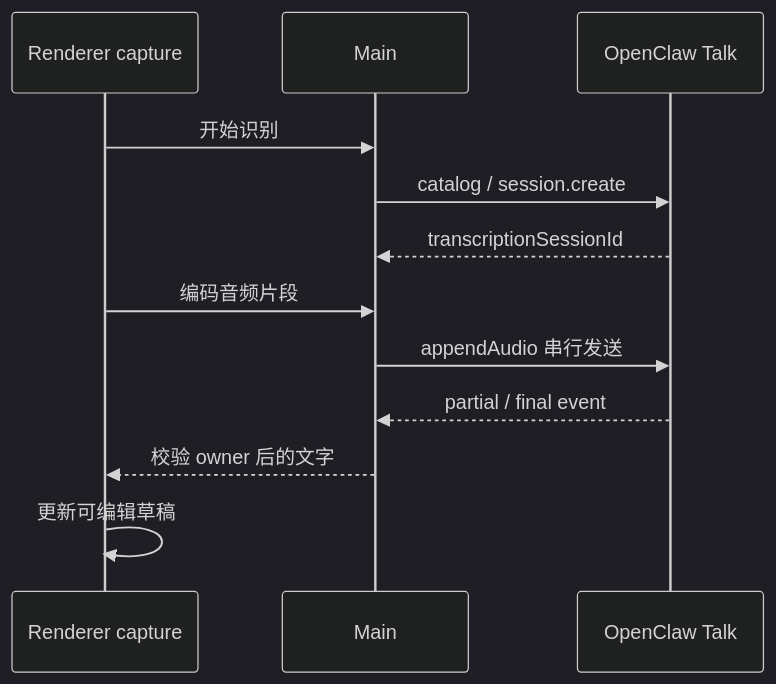
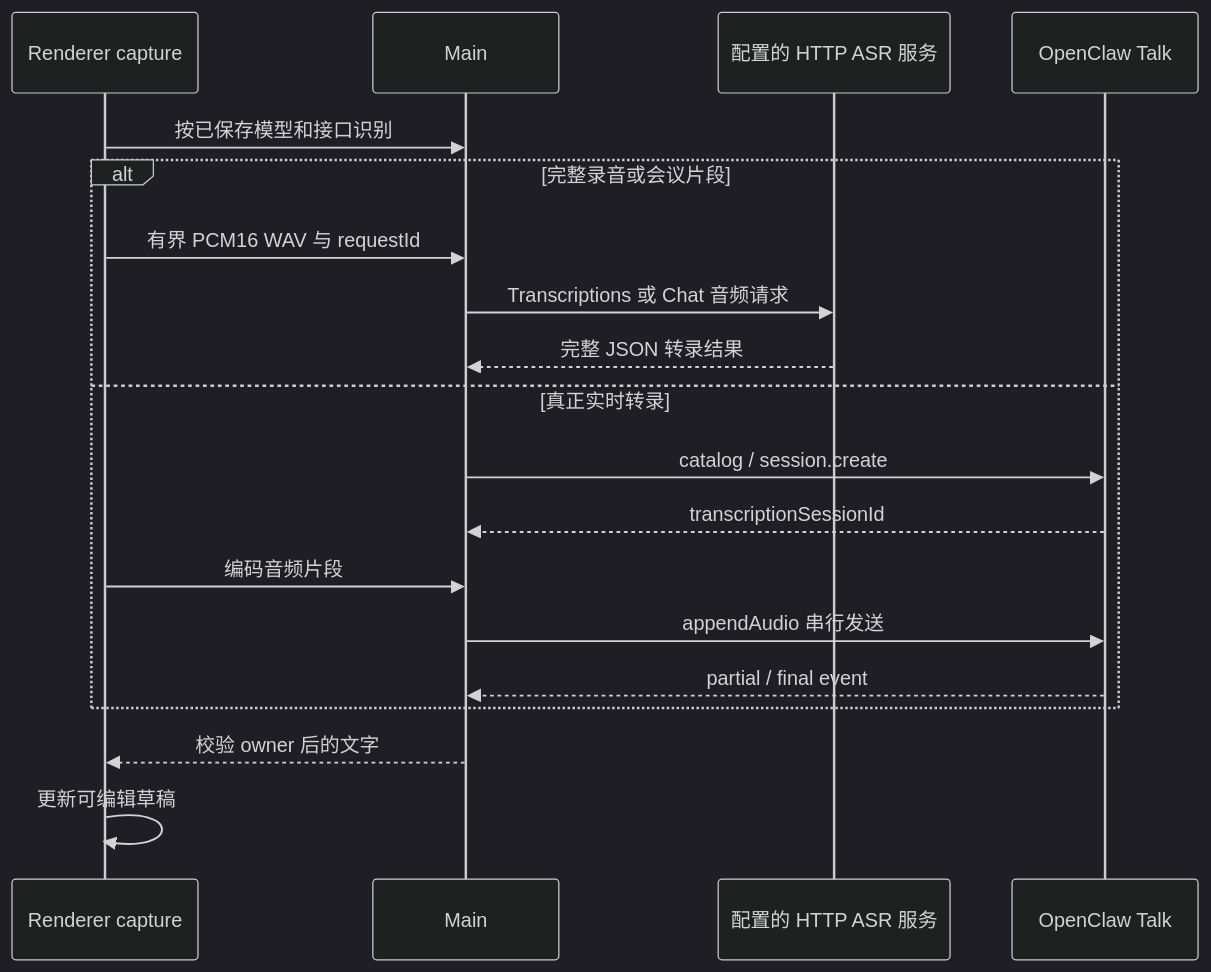
Before and after one commit to liangxhao/JustDo: the second of 3 diagrams in docs/features/speech/voice-and-transcription.md, drawn with Mermaid (dark theme). The commit also changed other lines of this file and 200 other files, not shown here.

````diff
--- a/docs/features/speech/voice-and-transcription.md
+++ b/docs/features/speech/voice-and-transcription.md
@@ -92,14 +105,21 @@
 ```mermaid
 sequenceDiagram
   participant R as Renderer capture
   participant M as Main
+  participant H as 配置的 HTTP ASR 服务
   participant G as OpenClaw Talk
-  R->>M: 开始识别
-  M->>G: catalog / session.create
-  G-->>M: transcriptionSessionId
-  R->>M: 编码音频片段
-  M->>G: appendAudio 串行发送
-  G-->>M: partial / final event
+  R->>M: 按已保存模型和接口识别
+  alt 完整录音或会议片段
+    R->>M: 有界 PCM16 WAV 与 requestId
+    M->>H: Transcriptions 或 Chat 音频请求
+    H-->>M: 完整 JSON 转录结果
+  else 真正实时转录
+    M->>G: catalog / session.create
+    G-->>M: transcriptionSessionId
+    R->>M: 编码音频片段
+    M->>G: appendAudio 串行发送
+    G-->>M: partial / final event
+  end
   M-->>R: 校验 owner 后的文字
   R->>R: 更新可编辑草稿
 ```
````
